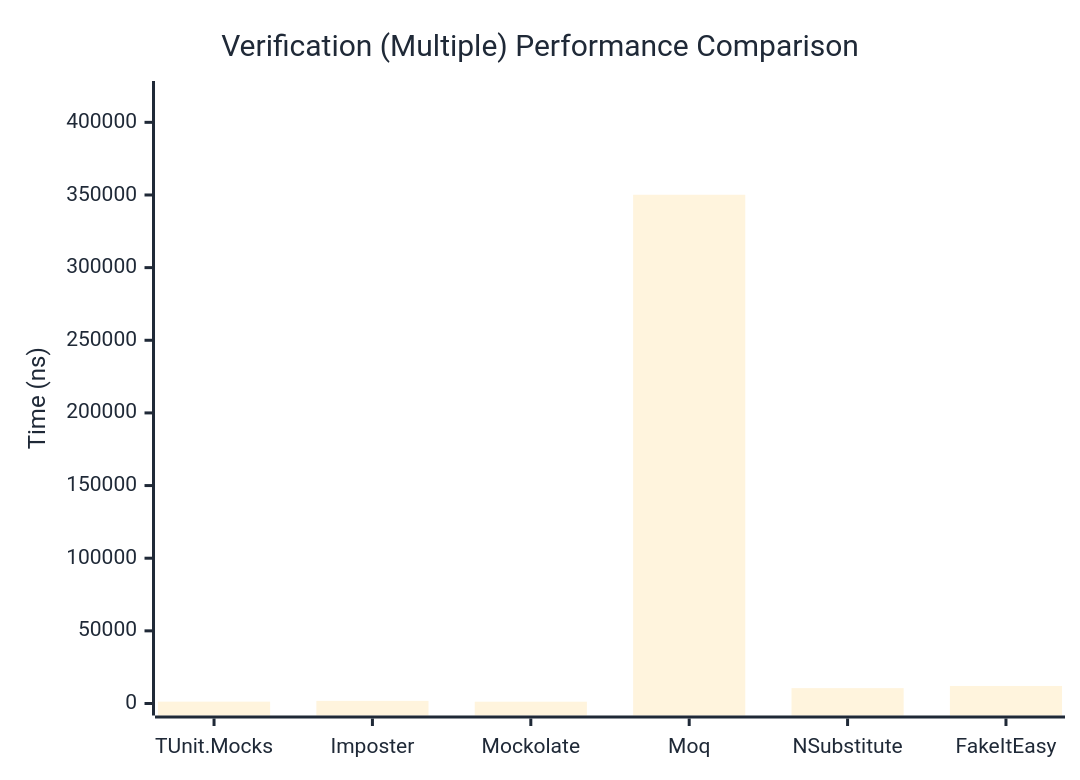
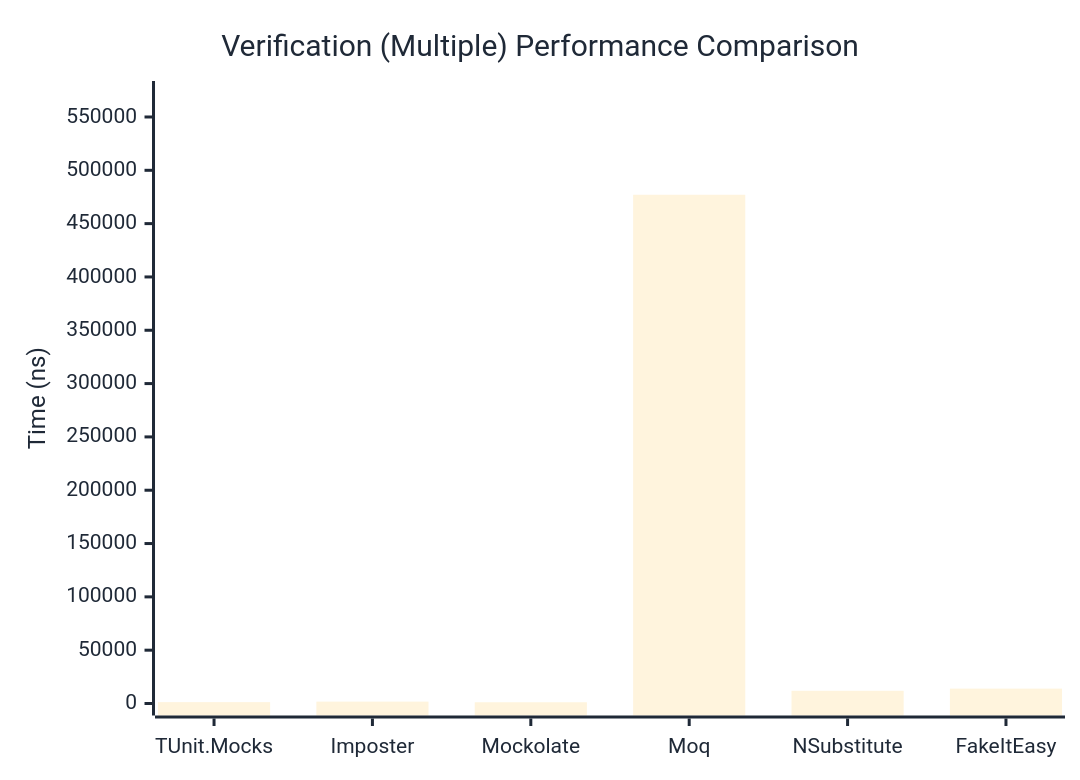
Before and after one commit to thomhurst/TUnit: the third of 3 diagrams in docs/docs/benchmarks/mocks/Verification.md, drawn with Mermaid. The commit also changed other lines of this file and 14 other files, not shown here.

````diff
--- a/docs/docs/benchmarks/mocks/Verification.md
+++ b/docs/docs/benchmarks/mocks/Verification.md
@@ -110,27 +110,27 @@
 ```mermaid
 %%{init: {
   'theme':'base',
   'themeVariables': {
     'primaryColor': '#2563eb',
     'primaryTextColor': '#1f2937',
     'primaryBorderColor': '#1e40af',
     'lineColor': '#6b7280',
     'secondaryColor': '#7c3aed',
     'tertiaryColor': '#dc2626',
     'background': '#ffffff',
     'pie1': '#2563eb',
     'pie2': '#7c3aed',
     'pie3': '#dc2626',
     'pie4': '#f59e0b',
     'pie5': '#10b981',
     'pie6': '#06b6d4',
     'pie7': '#ec4899',
     'pie8': '#6366f1'
   }
 }}%%
 xychart-beta
   title "Verification (Multiple) Performance Comparison"
   x-axis ["TUnit.Mocks", "Imposter", "Mockolate", "Moq", "NSubstitute", "FakeItEasy"]
-  y-axis "Time (ns)" 0 --> 420192
-  bar [1268.13, 1800.6, 1240.47, 350159.67, 10585.18, 12068.17]
+  y-axis "Time (ns)" 0 --> 572496
+  bar [1284.07, 1765.97, 1169.1, 477079.81, 11914, 13949.65]
 ```
````
